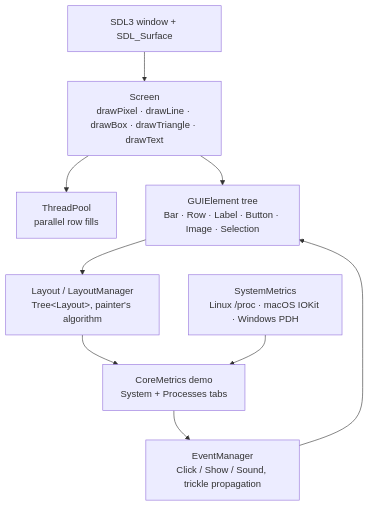
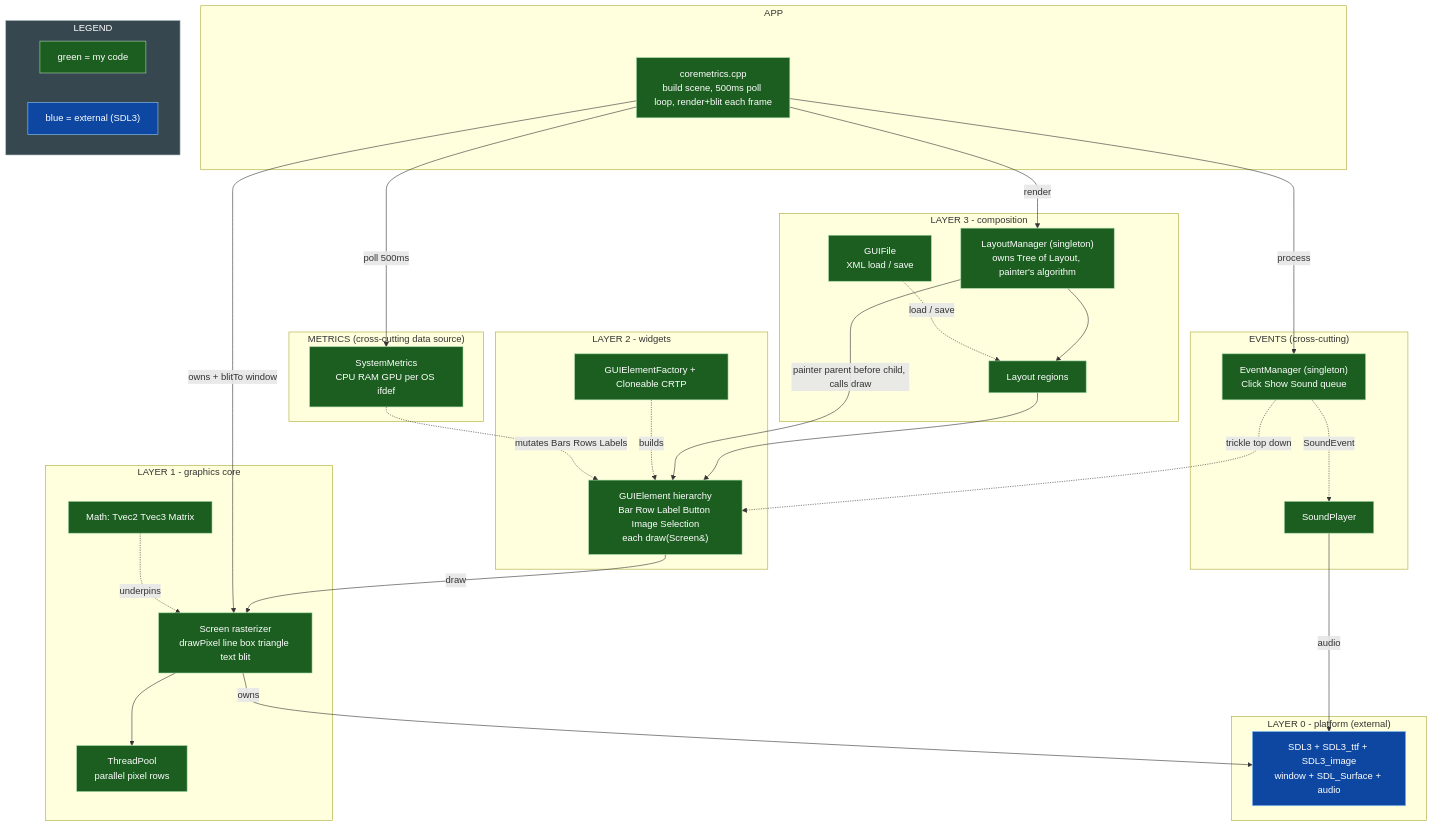
Before and after one commit to sviatil0/coremetrics: the diagram in README.md, drawn with Mermaid.

Commit message:
README: layered architecture diagram (color-coded, my-code vs SDL3)
Replace the flat 8-box flowchart with a layered diagram: platform / graphics
core / widgets / composition as grouped subgraphs, events and metrics as
cross-cutting groups, green for my code and blue for the one external dependency
(SDL3). Renders clean on GitHub.

````diff
--- a/README.md
+++ b/README.md
@@ -90,20 +90,74 @@
 ```mermaid
 flowchart TD
-    SDL["SDL3 window + SDL_Surface"]
-    Screen["Screen<br/>drawPixel · drawLine · drawBox · drawTriangle · drawText"]
-    Pool["ThreadPool<br/>parallel row fills"]
-    Elements["GUIElement tree<br/>Bar · Row · Label · Button · Image · Selection"]
-    Layout["Layout / LayoutManager<br/>Tree&lt;Layout&gt;, painter's algorithm"]
-    Events["EventManager<br/>Click / Show / Sound, trickle propagation"]
-    Metrics["SystemMetrics<br/>Linux /proc · macOS IOKit · Windows PDH"]
-    App["CoreMetrics demo<br/>System + Processes tabs"]
+    classDef mine fill:#1b5e20,stroke:#a5d6a7,color:#ffffff
+    classDef ext fill:#0d47a1,stroke:#90caf9,color:#ffffff
+    classDef note fill:#37474f,stroke:#b0bec5,color:#ffffff
 
-    SDL --> Screen
+    subgraph APP["APP"]
+        Main["coremetrics.cpp<br/>build scene, 500ms poll loop, render+blit each frame"]
+    end
+
+    subgraph L3["LAYER 3 - composition"]
+        LM["LayoutManager (singleton)<br/>owns Tree of Layout, painter's algorithm"]
+        Layout["Layout regions"]
+        GUIFile["GUIFile<br/>XML load / save"]
+    end
+
+    subgraph L2["LAYER 2 - widgets"]
+        GE["GUIElement hierarchy<br/>Bar Row Label Button Image Selection<br/>each draw(Screen&)"]
+        Factory["GUIElementFactory + Cloneable CRTP"]
+    end
+
+    subgraph L1["LAYER 1 - graphics core"]
+        Screen["Screen rasterizer<br/>drawPixel line box triangle text blit"]
+        Pool["ThreadPool<br/>parallel pixel rows"]
+        Math["Math: Tvec2 Tvec3 Matrix"]
+    end
+
+    subgraph L0["LAYER 0 - platform (external)"]
+        SDL["SDL3 + SDL3_ttf + SDL3_image<br/>window + SDL_Surface + audio"]
+    end
+
+    subgraph EVENTS["EVENTS (cross-cutting)"]
+        EM["EventManager (singleton)<br/>Click Show Sound queue"]
+        Sound["SoundPlayer"]
+    end
+
+    subgraph METRICS["METRICS (cross-cutting data source)"]
+        Metrics["SystemMetrics<br/>CPU RAM GPU per OS ifdef"]
+    end
+
+    subgraph LEGEND["LEGEND"]
+        LK["green = my code"]
+        LX["blue = external (SDL3)"]
+    end
+
+    %% main render spine
+    Main -->|render| LM
+    LM --> Layout
+    Layout --> GE
+    LM -->|painter parent before child, calls draw| GE
+    GE -->|draw| Screen
     Screen --> Pool
-    Screen --> Elements
-    Elements --> Layout
-    Layout --> App
-    Events --> Elements
-    Metrics --> App
-    App --> Events
+    Screen -->|owns| SDL
+    Main -->|owns + blitTo window| Screen
+
+    %% persistence
+    GUIFile -.->|load / save| Layout
+    Factory -.->|builds| GE
+    Math -.->|underpins| Screen
+
+    %% events cross-cutting
+    Main -->|process| EM
+    EM -.->|trickle top down| GE
+    EM -.->|SoundEvent| Sound
+    Sound -->|audio| SDL
+
+    %% metrics cross-cutting
+    Main -->|poll 500ms| Metrics
+    Metrics -.->|mutates Bars Rows Labels| GE
+
+    class Main,LM,Layout,GUIFile,GE,Factory,Screen,Pool,Math,EM,Sound,Metrics,LK mine
+    class SDL,LX ext
+    class LEGEND note
 ```
````
